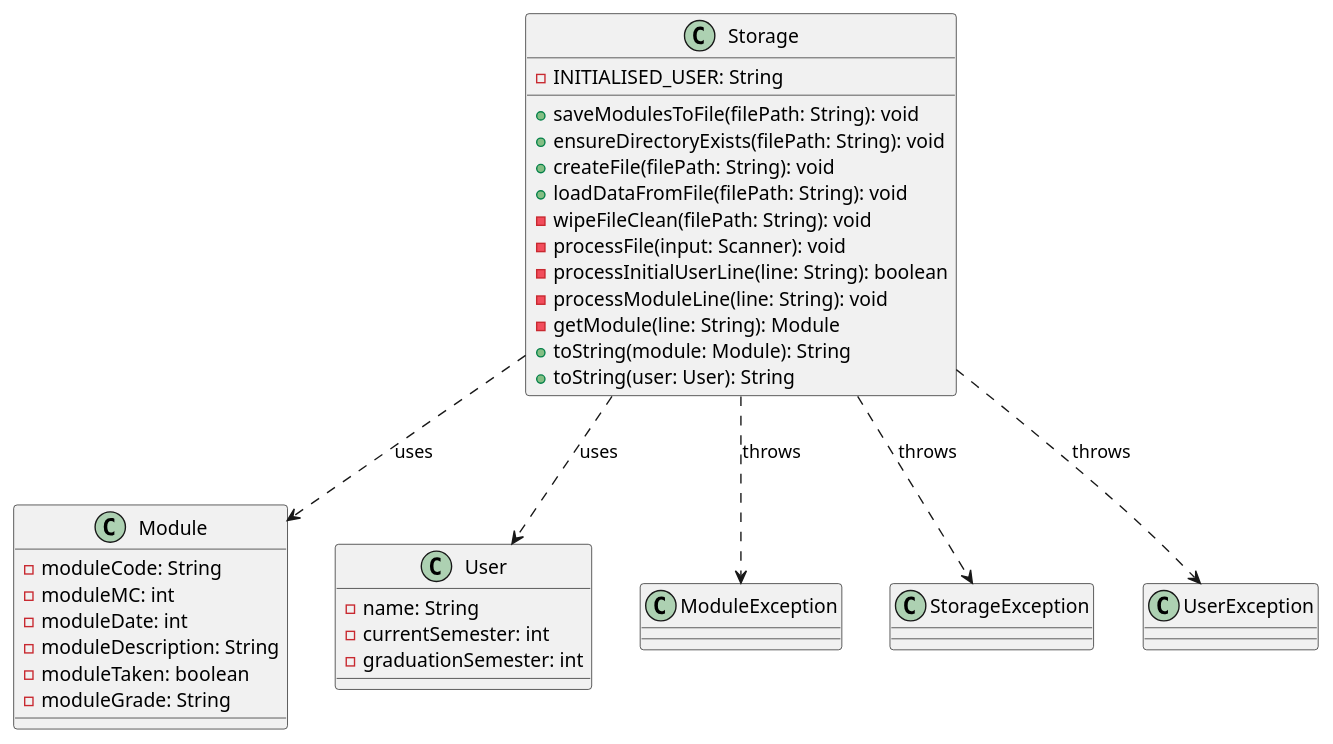
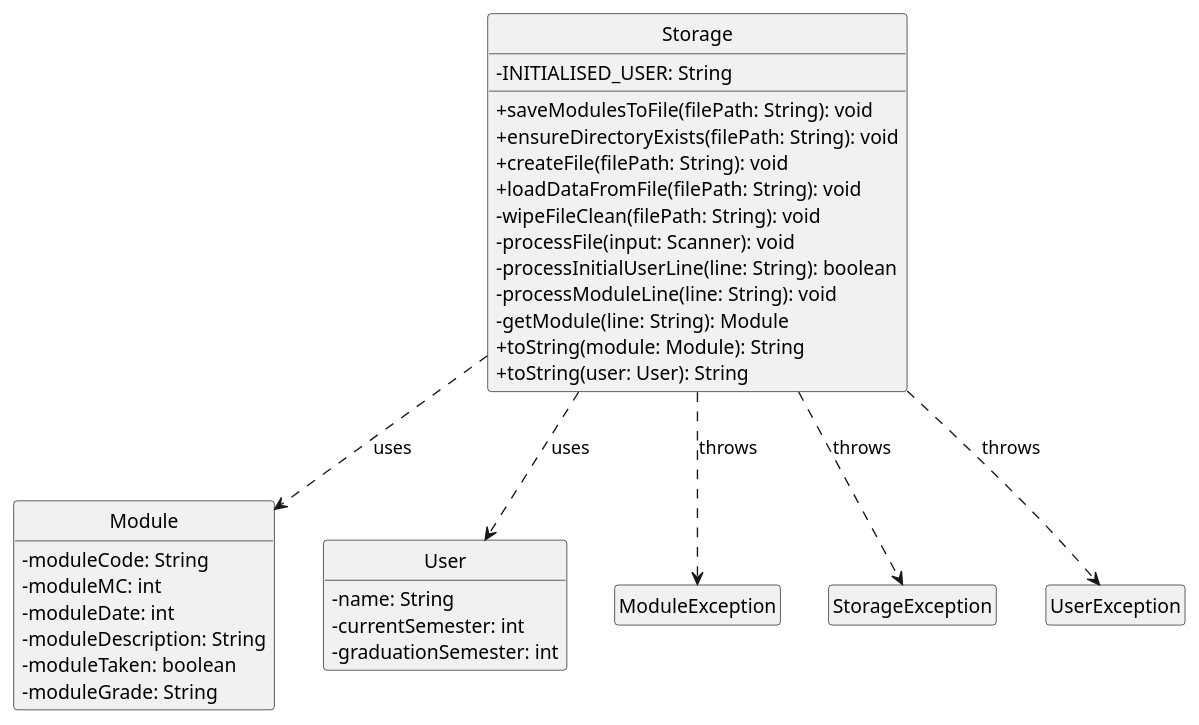
Before and after one commit to fungg0/tp: the diagram in docs/diagrams/Storage.puml, drawn with PlantUML. The commit also changed 2 other files, not shown here.

```diff
--- a/docs/diagrams/Storage.puml
+++ b/docs/diagrams/Storage.puml
@@ -1,48 +1,51 @@
 @startuml
+skinparam classAttributeIconSize 0
+hide empty members
+hide circle
 
 class Storage {
     - INITIALISED_USER: String
     + saveModulesToFile(filePath: String): void
     + ensureDirectoryExists(filePath: String): void
     + createFile(filePath: String): void
     + loadDataFromFile(filePath: String): void
     - wipeFileClean(filePath: String): void
     - processFile(input: Scanner): void
     - processInitialUserLine(line: String): boolean
     - processModuleLine(line: String): void
     - getModule(line: String): Module
     + toString(module: Module): String
     + toString(user: User): String
 }
 
 class Module {
     - moduleCode: String
     - moduleMC: int
     - moduleDate: int
     - moduleDescription: String
     - moduleTaken: boolean
     - moduleGrade: String
 }
 
 class User {
     - name: String
     - currentSemester: int
     - graduationSemester: int
 }
 
 class ModuleException {
 }
 
 class StorageException {
 }
 
 class UserException {
 }
 
 Storage ..> Module : uses
 Storage ..> User : uses
 Storage ..> StorageException : throws
 Storage ..> ModuleException : throws
 Storage ..> UserException : throws
 
 @enduml
```
